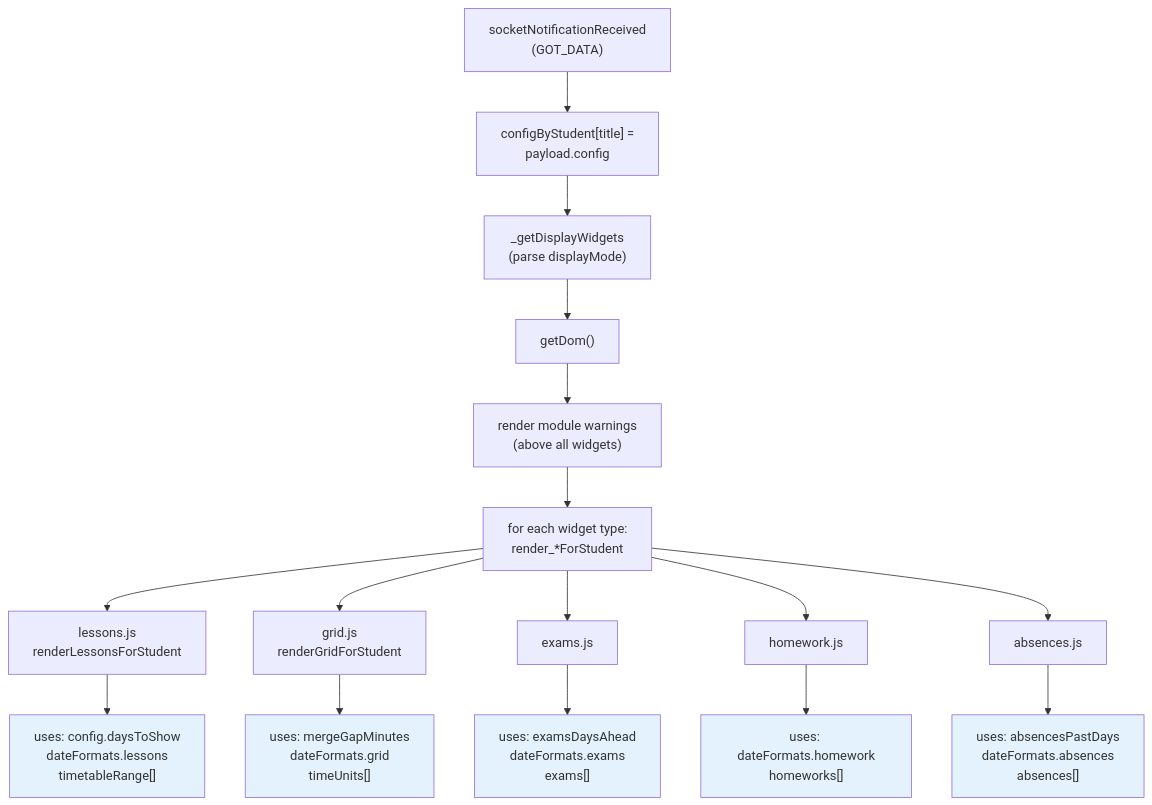
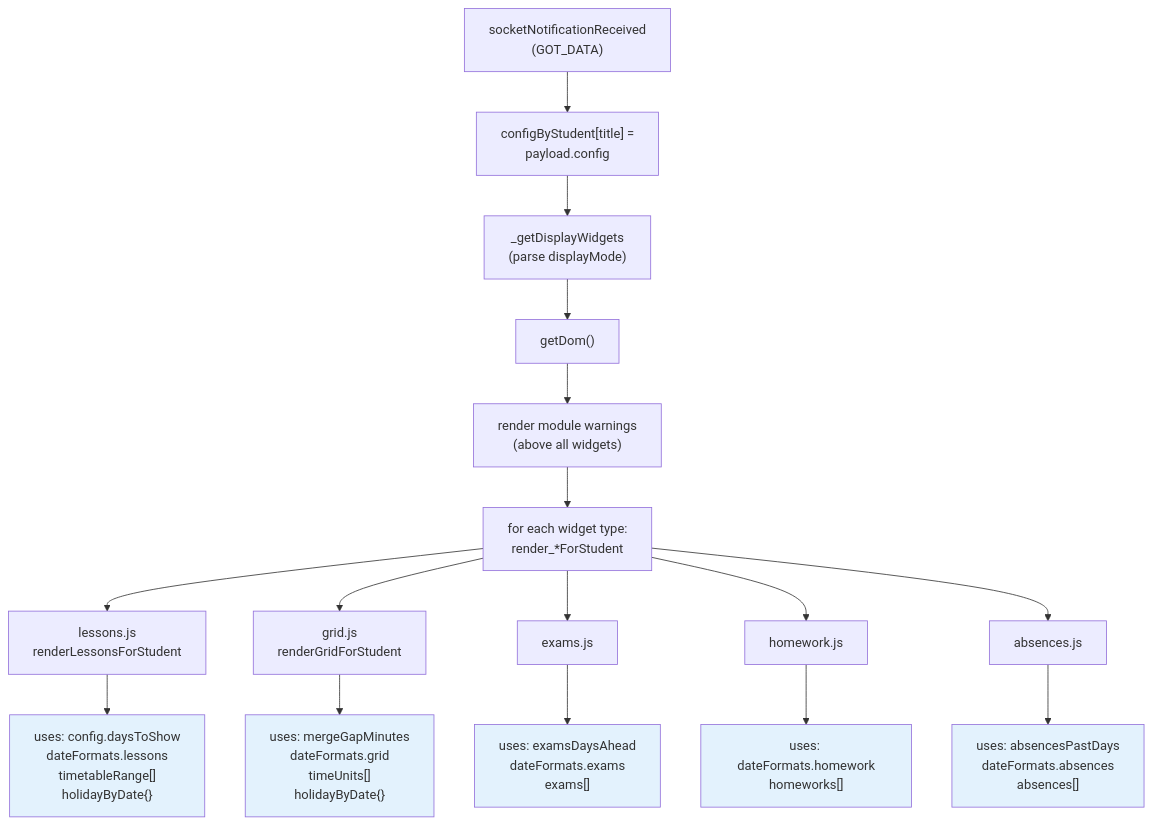
One commit to HeikoGr/MMM-Webuntis changed the fourth of 9 diagrams in ARCHITECTURE.md. Above: the diagram before and after it, drawn with Mermaid. The commit also changed other lines of this file and 4 other files, not shown here.

Commit message:
feat(holidays): integrate holiday handling in lessons and grid widgets, update architecture documentation

````diff
--- a/ARCHITECTURE.md
+++ b/ARCHITECTURE.md
@@ -108,29 +108,29 @@
 ```mermaid
 graph TD
     FE["socketNotificationReceived<br/>(GOT_DATA)"]
     --> CB["configByStudent[title] =<br/>payload.config"]
     --> VW["_getDisplayWidgets<br/>(parse displayMode)"]
     --> DOM["getDom()"]
     --> WRN["render module warnings<br/>(above all widgets)"]
     --> RW["for each widget type:<br/>render_*ForStudent"]
     --> W1["lessons.js<br/>renderLessonsForStudent"]
-    --> W1B["uses: config.daysToShow<br/>dateFormats.lessons<br/>timetableRange[]"]
+    --> W1B["uses: config.daysToShow<br/>dateFormats.lessons<br/>timetableRange[]<br/>holidayByDate{}"]
 
     RW --> W2["grid.js<br/>renderGridForStudent"]
-    --> W2B["uses: mergeGapMinutes<br/>dateFormats.grid<br/>timeUnits[]"]
+    --> W2B["uses: mergeGapMinutes<br/>dateFormats.grid<br/>timeUnits[]<br/>holidayByDate{}"]
 
     RW --> W3["exams.js"]
     --> W3B["uses: examsDaysAhead<br/>dateFormats.exams<br/>exams[]"]
 
     RW --> W4["homework.js"]
     --> W4B["uses: dateFormats.homework<br/>homeworks[]"]
 
     RW --> W5["absences.js"]
     --> W5B["uses: absencesPastDays<br/>dateFormats.absences<br/>absences[]"]
 
     style W1B fill:#e3f2fd
     style W2B fill:#e3f2fd
     style W3B fill:#e3f2fd
     style W4B fill:#e3f2fd
     style W5B fill:#e3f2fd
 ```
````
